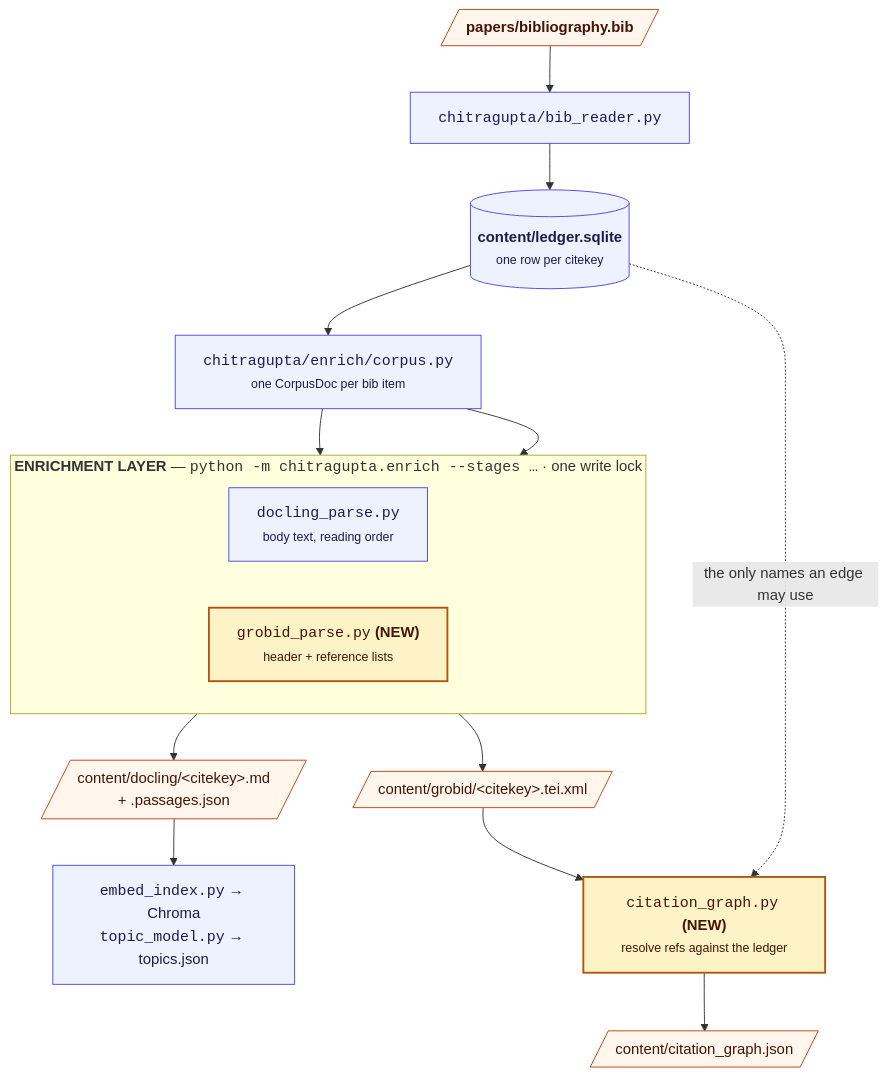
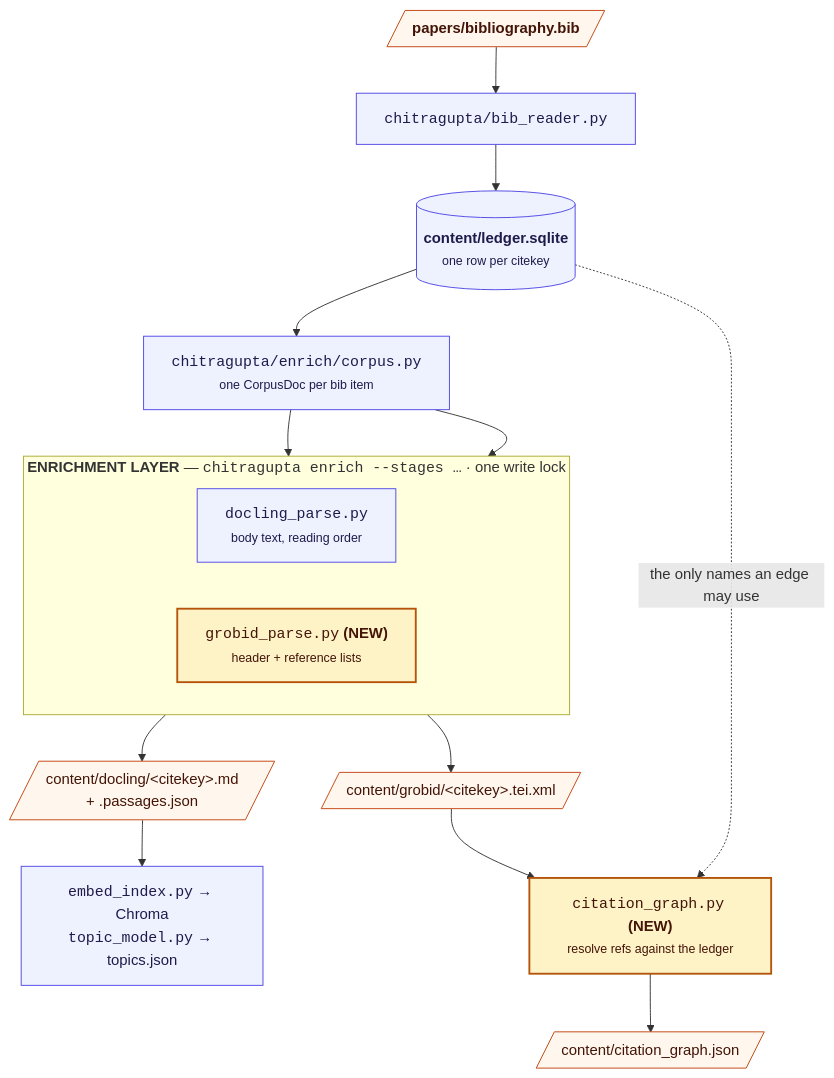
One commit to prasadtalasila/chitragupta changed the first of 2 diagrams in docs/GROBID-CITATION-GRAPH.md. Above: the diagram before and after it, drawn with Mermaid. The commit also changed 19 other files, not shown here.

````diff
--- a/docs/GROBID-CITATION-GRAPH.md
+++ b/docs/GROBID-CITATION-GRAPH.md
@@ -116,38 +116,38 @@
 ```mermaid
 flowchart TB
 
   BIB[/"<b>papers/bibliography.bib</b>"/]
   READER["<code>chitragupta/bib_reader.py</code>"]
   LEDGER[("<b>content/ledger.sqlite</b><br/><small>one row per citekey</small>")]
   CORPUS["<code>chitragupta/enrich/corpus.py</code><br/><small>one CorpusDoc per bib item</small>"]
 
   BIB --> READER --> LEDGER --> CORPUS
 
-  subgraph EX["<b>ENRICHMENT LAYER</b> — <code>python -m chitragupta.enrich --stages …</code> · one write lock"]
+  subgraph EX["<b>ENRICHMENT LAYER</b> — <code>chitragupta enrich --stages …</code> · one write lock"]
     direction LR
     DOC["<code>docling_parse.py</code><br/><small>body text, reading order</small>"]
     GRO["<code>grobid_parse.py</code> <b>(NEW)</b><br/><small>header + reference lists</small>"]
   end
 
   CORPUS --> DOC
   CORPUS --> GRO
 
   MD[/"content/docling/&lt;citekey&gt;.md<br/>+ .passages.json"/]
   TEI[/"content/grobid/&lt;citekey&gt;.tei.xml"/]
   DOC --> MD
   GRO --> TEI
 
   EMB["<code>embed_index.py</code> → Chroma<br/><code>topic_model.py</code> → topics.json"]
   CG["<code>citation_graph.py</code> <b>(NEW)</b><br/><small>resolve refs against the ledger</small>"]
   MD --> EMB
   TEI --> CG
   LEDGER -. "the only names an edge may use" .-> CG
   CG --> GRAPH[/"content/citation_graph.json"/]
 
   classDef new fill:#fef3c7,stroke:#b45309,stroke-width:2px,color:#431407
   classDef store fill:#fff7ed,stroke:#c2410c,color:#431407
   classDef det fill:#eef2ff,stroke:#4f46e5,color:#1e1b4b
   class GRO,CG new
   class MD,TEI,GRAPH,BIB store
   class LEDGER,READER,CORPUS,DOC,EMB det
 ```
````
